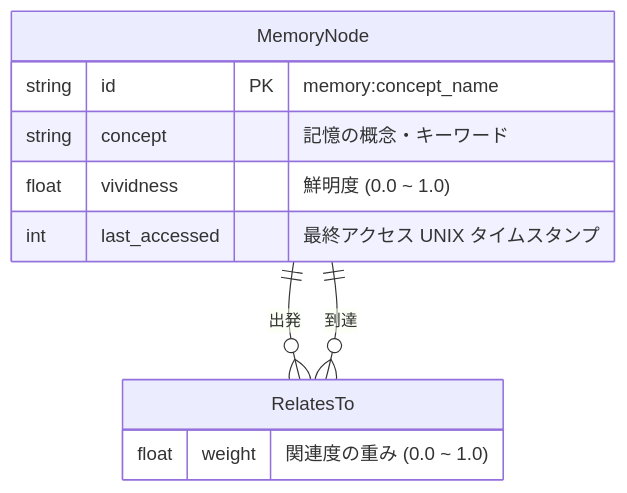
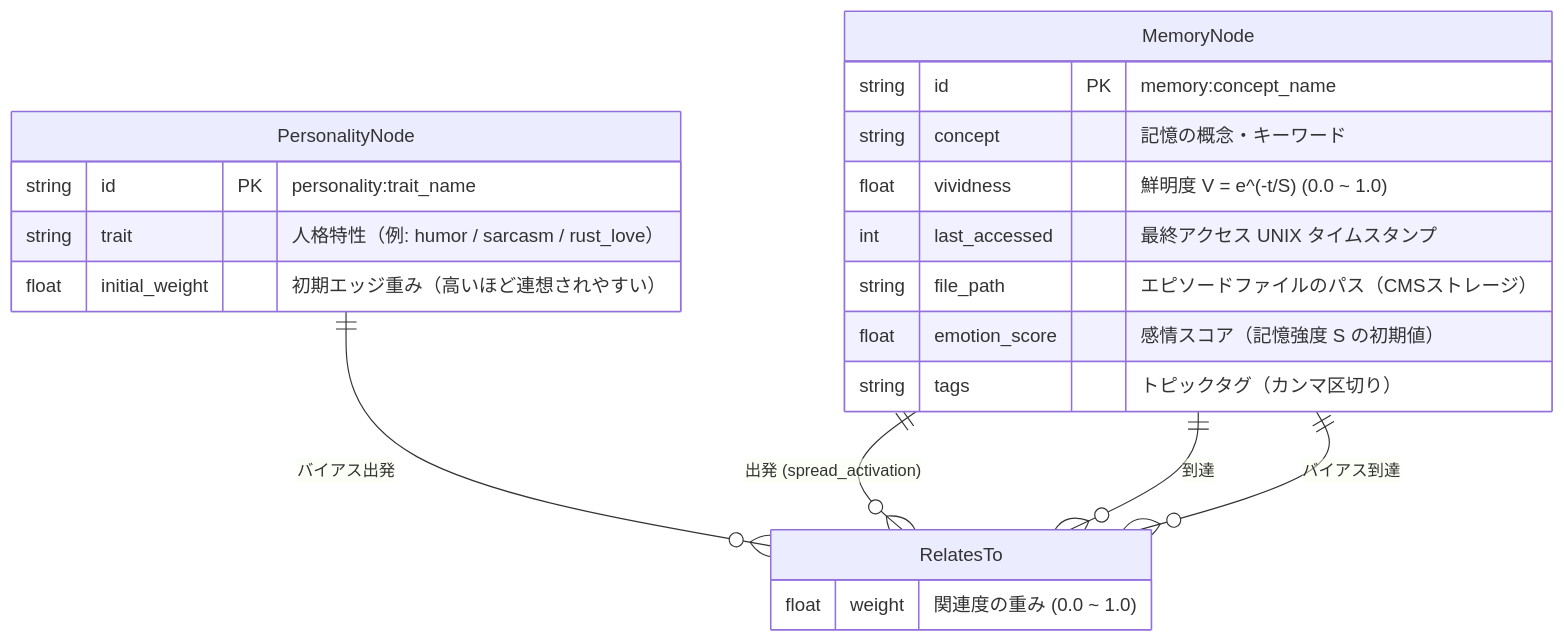
The diagram in .gemini/docs/diagrams/er_memory_graph.md (rhsmz/iris), drawn with Mermaid before and after one commit. The commit also changed other lines of this file and 3 other files, not shown here.

Commit message:
feat: Add initial architecture documentation, sequence diagrams, and update tasks.

````diff
--- a/.gemini/docs/diagrams/er_memory_graph.md
+++ b/.gemini/docs/diagrams/er_memory_graph.md
@@ -8,16 +9,27 @@
 ```mermaid
 erDiagram
     MemoryNode {
         string id PK "memory:concept_name"
         string concept "記憶の概念・キーワード"
-        float vividness "鮮明度 (0.0 ~ 1.0)"
+        float vividness "鮮明度 V = e^(-t/S)  (0.0 ~ 1.0)"
         int last_accessed "最終アクセス UNIX タイムスタンプ"
+        string file_path "エピソードファイルのパス（CMSストレージ）"
+        float emotion_score "感情スコア（記憶強度 S の初期値）"
+        string tags "トピックタグ（カンマ区切り）"
     }
 
     RelatesTo {
         float weight "関連度の重み (0.0 ~ 1.0)"
     }
 
-    MemoryNode ||--o{ RelatesTo : "出発"
+    PersonalityNode {
+        string id PK "personality:trait_name"
+        string trait "人格特性（例: humor / sarcasm / rust_love）"
+        float initial_weight "初期エッジ重み（高いほど連想されやすい）"
+    }
+
+    MemoryNode ||--o{ RelatesTo : "出発 (spread_activation)"
     RelatesTo }o--|| MemoryNode : "到達"
+    PersonalityNode ||--o{ RelatesTo : "バイアス出発"
+    RelatesTo }o--|| MemoryNode : "バイアス到達"
 ```
````
